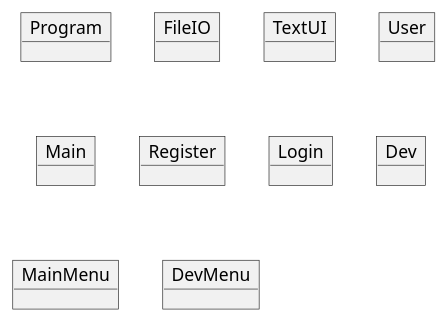
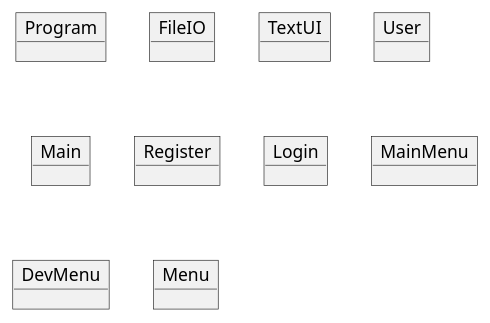
One commit to Guacamoleboy/SP3 changed the diagram in Project/docs/domainModel_v0.puml. Above: the diagram before and after it, drawn with PlantUML. The commit also changed 3 other files, not shown here.

```diff
--- a/Project/docs/domainModel_v0.puml
+++ b/Project/docs/domainModel_v0.puml
@@ -1,21 +1,21 @@
 @startuml
 
 'By Andreas Rovelt & Jonas Meinert Larsen
 
 'Objects
 object Program
 object FileIO
 object TextUI
 object User
 object Main
 object Register
 object Login
-object Dev
 object MainMenu
 object DevMenu
+object Menu
 
 'Sequence
 
 
 
 @enduml
```
